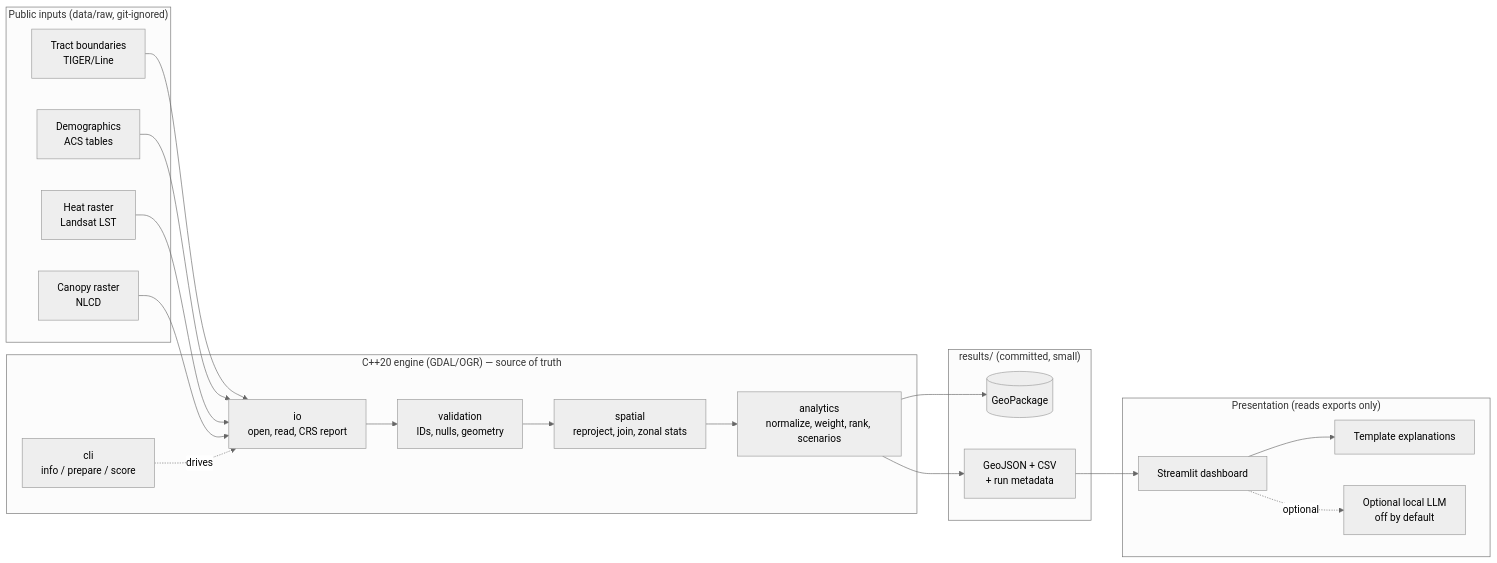
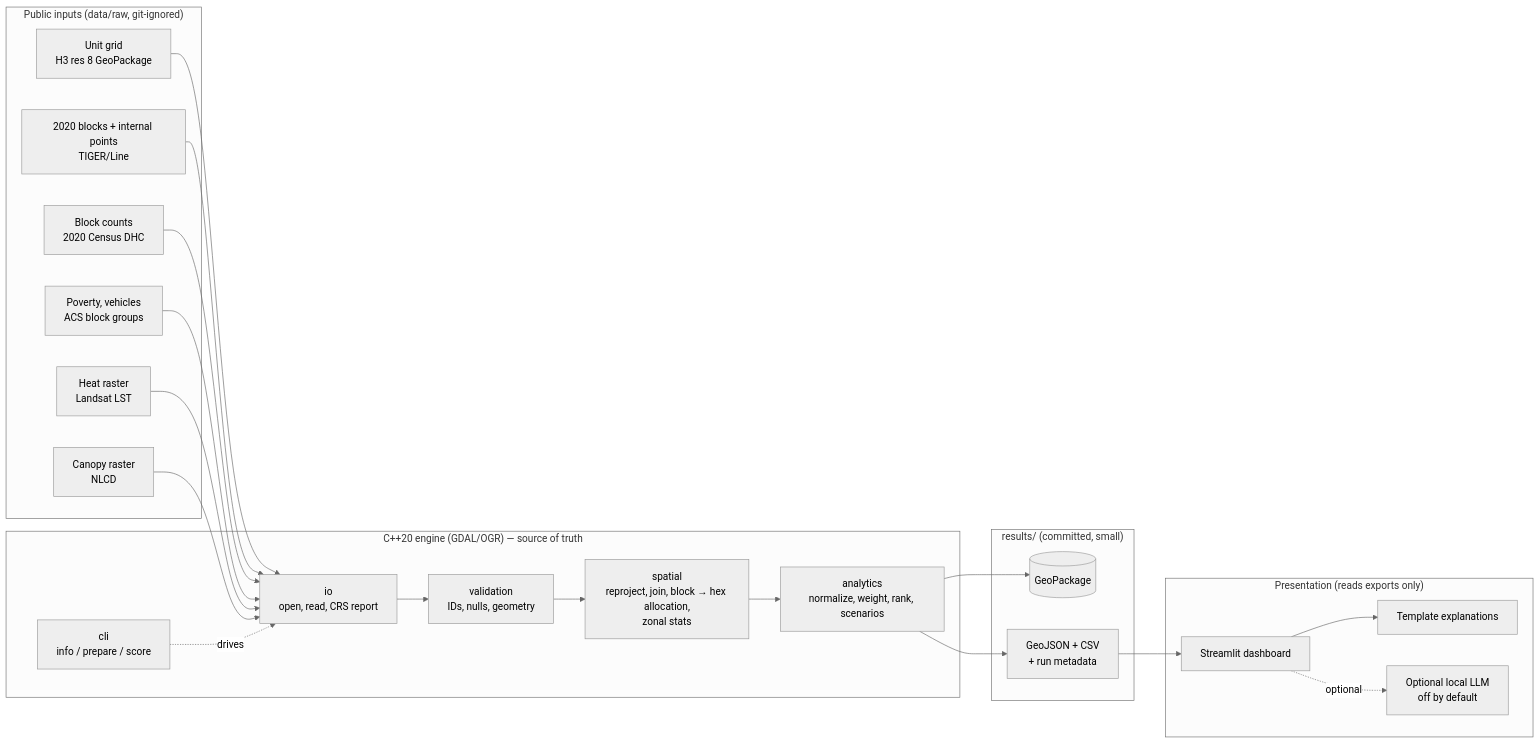
Before and after one commit to AndrewMak91/georesilience: the diagram in docs/architecture.md, drawn with Mermaid (neutral theme). The commit also changed other lines of this file and 7 other files, not shown here.

First line of the commit message:
Week 1: ADR 0003 population allocation; ACS at block group

````diff
--- a/docs/architecture.md
+++ b/docs/architecture.md
@@ -3,33 +3,35 @@
 ```mermaid
 flowchart LR
     subgraph Inputs["Public inputs (data/raw, git-ignored)"]
-        B[Tract boundaries<br/>TIGER/Line]
-        D[Demographics<br/>ACS tables]
+        U[Unit grid<br/>H3 res 8 GeoPackage]
+        BL[2020 blocks + internal points<br/>TIGER/Line]
+        P[Block counts<br/>2020 Census DHC]
+        D[Poverty, vehicles<br/>ACS block groups]
         T[Heat raster<br/>Landsat LST]
         C[Canopy raster<br/>NLCD]
     end
 
     subgraph Engine["C++20 engine (GDAL/OGR) — source of truth"]
         IO[io<br/>open, read, CRS report]
         VAL[validation<br/>IDs, nulls, geometry]
-        SP[spatial<br/>reproject, join, zonal stats]
+        SP[spatial<br/>reproject, join, block → hex allocation,<br/>zonal stats]
         AN[analytics<br/>normalize, weight, rank, scenarios]
         CLI[cli<br/>info / prepare / score]
     end
 
     subgraph Outputs["results/ (committed, small)"]
         G[(GeoPackage)]
         J[GeoJSON + CSV<br/>+ run metadata]
     end
 
     subgraph Present["Presentation (reads exports only)"]
         DASH[Streamlit dashboard]
         EXP[Template explanations]
         AI[Optional local LLM<br/>off by default]
     end
 
-    B & D & T & C --> IO --> VAL --> SP --> AN --> G & J
+    U & BL & P & D & T & C --> IO --> VAL --> SP --> AN --> G & J
     CLI -.drives.-> IO
     J --> DASH --> EXP
     DASH -.optional.-> AI
 ```
````
